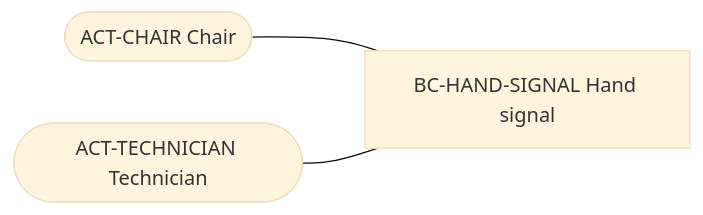
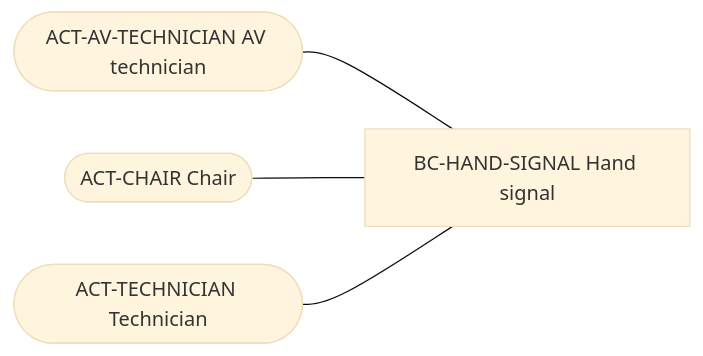
Before and after one commit to artosalminen/esp32-zoom-hand-raised: the diagram in docs/specification/README.md, drawn with Mermaid (base theme). The commit also changed other lines of this file and 27 other files, not shown here.

````diff
--- a/docs/specification/README.md
+++ b/docs/specification/README.md
@@ -15,8 +15,10 @@
 ```mermaid
 flowchart LR
   n_BC_HAND_SIGNAL["BC-HAND-SIGNAL Hand signal"]
+  n_ACT_AV_TECHNICIAN(["ACT-AV-TECHNICIAN AV technician"])
   n_ACT_CHAIR(["ACT-CHAIR Chair"])
   n_ACT_TECHNICIAN(["ACT-TECHNICIAN Technician"])
+  n_ACT_AV_TECHNICIAN --- n_BC_HAND_SIGNAL
   n_ACT_CHAIR --- n_BC_HAND_SIGNAL
   n_ACT_TECHNICIAN --- n_BC_HAND_SIGNAL
 ```
````
